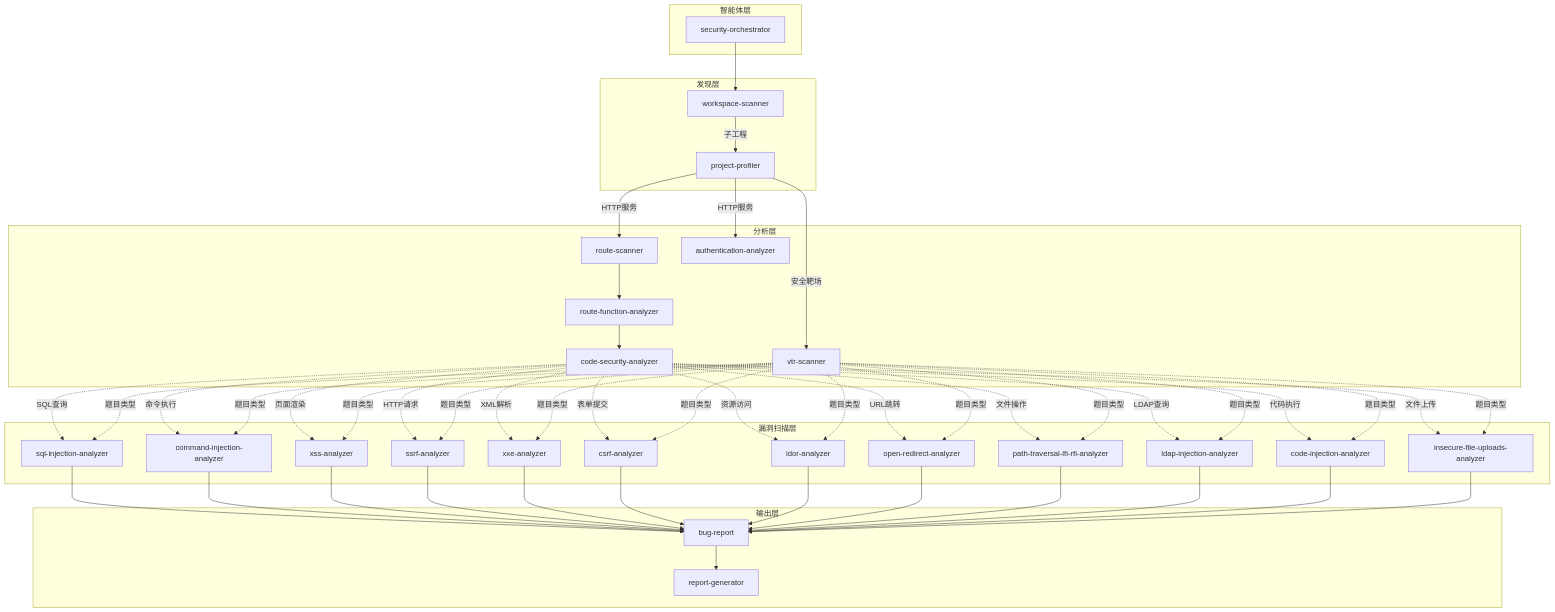
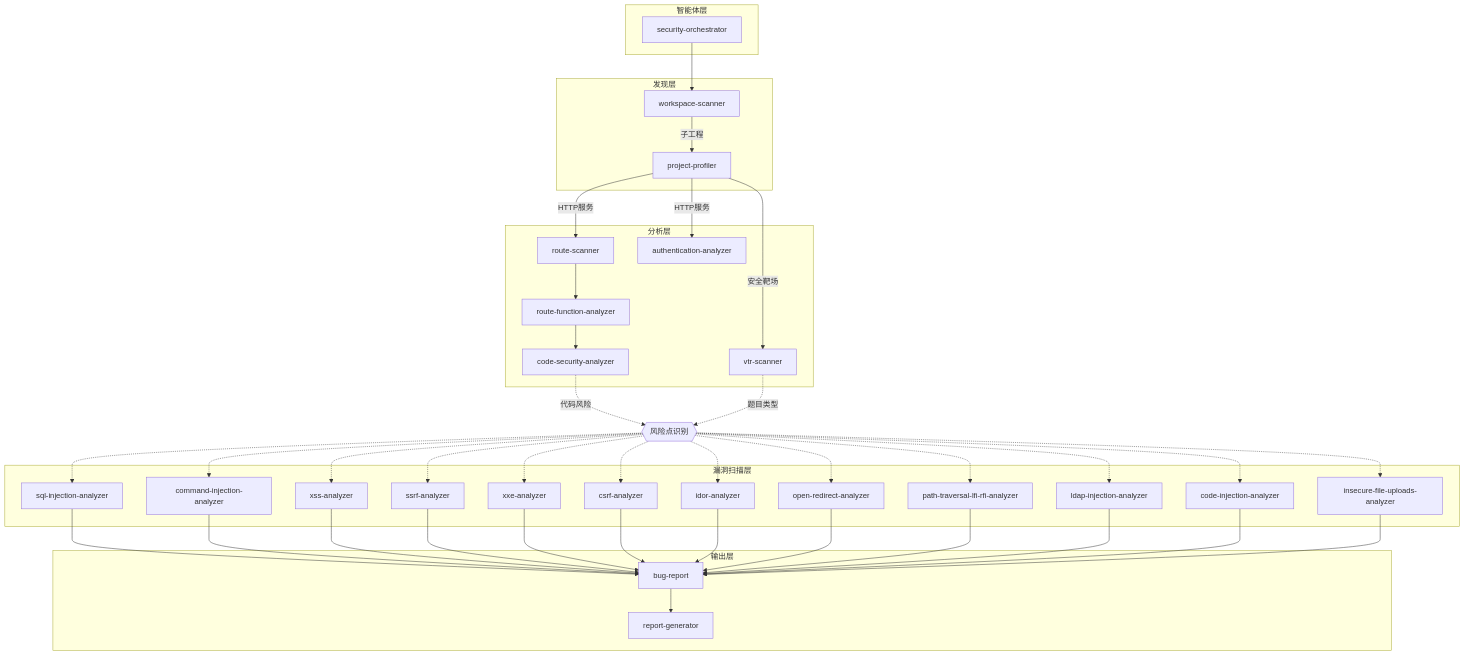
The diagram in README.md (wzk2239115/mygoldmine), drawn with Mermaid before and after one commit.

Commit message:
docs: 添加虚拟节点简化技能关系图
- 在 code-security-analyzer/vtr-scanner 与漏洞分析器之间添加「风险点识别」虚拟节点
- 简化图表连线，提高可读性

🤖 Generated with [Claude Code](https://claude.com/claude-code)

```diff
--- a/README.md
+++ b/README.md
@@ -176,33 +176,24 @@
     RS --> RFA
     RFA --> CSA
 
-    %% 代码安全分析激活漏洞扫描器
-    CSA -.->|"SQL查询"| SQLI
-    CSA -.->|"命令执行"| CMDI
-    CSA -.->|"页面渲染"| XSS
-    CSA -.->|"HTTP请求"| SSRF
-    CSA -.->|"XML解析"| XXE
-    CSA -.->|"表单提交"| CSRF
-    CSA -.->|"资源访问"| IDOR
-    CSA -.->|"URL跳转"| REDIRECT
-    CSA -.->|"文件操作"| PATH
-    CSA -.->|"LDAP查询"| LDAPI
-    CSA -.->|"代码执行"| CODEI
-    CSA -.->|"文件上传"| UPLOAD
+    %% 虚拟节点：风险点识别
+    RISK{{"风险点识别"}}
+    CSA -.->|"代码风险"| RISK
+    VTR -.->|"题目类型"| RISK
 
-    %% 靶场扫描直接推荐漏洞分析器
-    VTR -.->|"题目类型"| SQLI
-    VTR -.->|"题目类型"| CMDI
-    VTR -.->|"题目类型"| XSS
-    VTR -.->|"题目类型"| SSRF
-    VTR -.->|"题目类型"| XXE
-    VTR -.->|"题目类型"| CSRF
-    VTR -.->|"题目类型"| IDOR
-    VTR -.->|"题目类型"| REDIRECT
-    VTR -.->|"题目类型"| PATH
-    VTR -.->|"题目类型"| LDAPI
-    VTR -.->|"题目类型"| CODEI
-    VTR -.->|"题目类型"| UPLOAD
+    %% 风险点激活漏洞扫描器
+    RISK -.-> SQLI
+    RISK -.-> CMDI
+    RISK -.-> XSS
+    RISK -.-> SSRF
+    RISK -.-> XXE
+    RISK -.-> CSRF
+    RISK -.-> IDOR
+    RISK -.-> REDIRECT
+    RISK -.-> PATH
+    RISK -.-> LDAPI
+    RISK -.-> CODEI
+    RISK -.-> UPLOAD
 
     %% 漏洞报告输出
     SQLI --> BR
```
